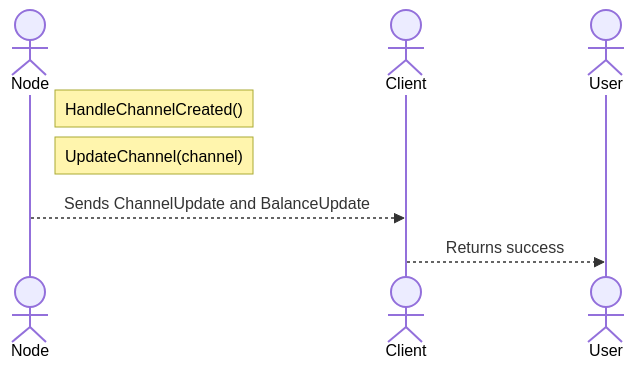
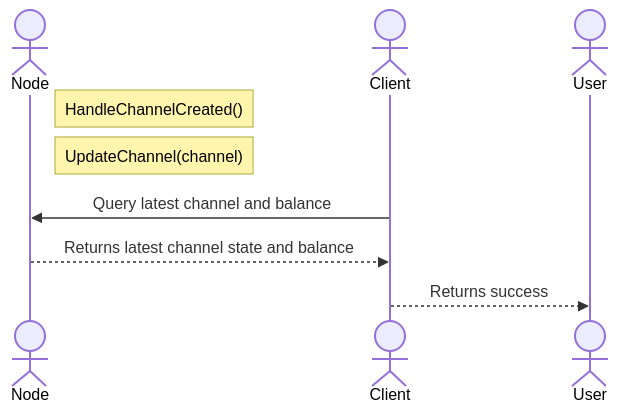
Before and after one commit to layer-3/docs: the seventh of 10 diagrams in docs/nitrolite/learn/protocol-flows/home-channel-withdraw-on-create.mdx, drawn with Mermaid. The commit also changed other lines of this file and 20 other files, not shown here.

````diff
--- a/docs/nitrolite/learn/protocol-flows/home-channel-withdraw-on-create.mdx
+++ b/docs/nitrolite/learn/protocol-flows/home-channel-withdraw-on-create.mdx
@@ -285,11 +285,12 @@
 ```mermaid
 sequenceDiagram
     actor Node
     actor Client
     actor User
 
     Note right of Node: HandleChannelCreated()
     Note right of Node: UpdateChannel(channel)
-    Node-->>Client: Sends ChannelUpdate and BalanceUpdate
+    Client->>Node: Query latest channel and balance
+    Node-->>Client: Returns latest channel state and balance
     Client-->>User: Returns success
 ```
````
